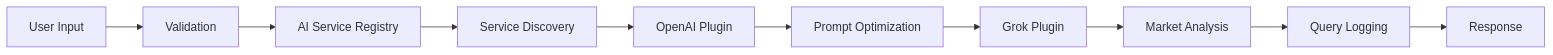
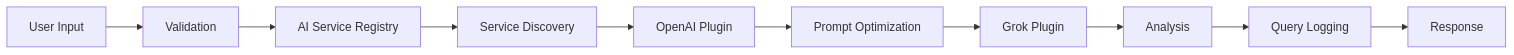
One commit to GhostRobo-MAG/PluginMind- changed the first of 2 diagrams in README.md. Above: the diagram before and after it, drawn with Mermaid. The commit also changed other lines of this file, not shown here.

````diff
--- a/README.md
+++ b/README.md
@@ -248,12 +265,12 @@
 ```mermaid
 graph LR
     A[User Input] --> B[Validation]
     B --> C[AI Service Registry]
     C --> D[Service Discovery]
     D --> E[OpenAI Plugin]
     E --> F[Prompt Optimization]
     F --> G[Grok Plugin]
-    G --> H[Market Analysis]
+    G --> H[Analysis]
     H --> I[Query Logging]
     I --> J[Response]
 ```
````
